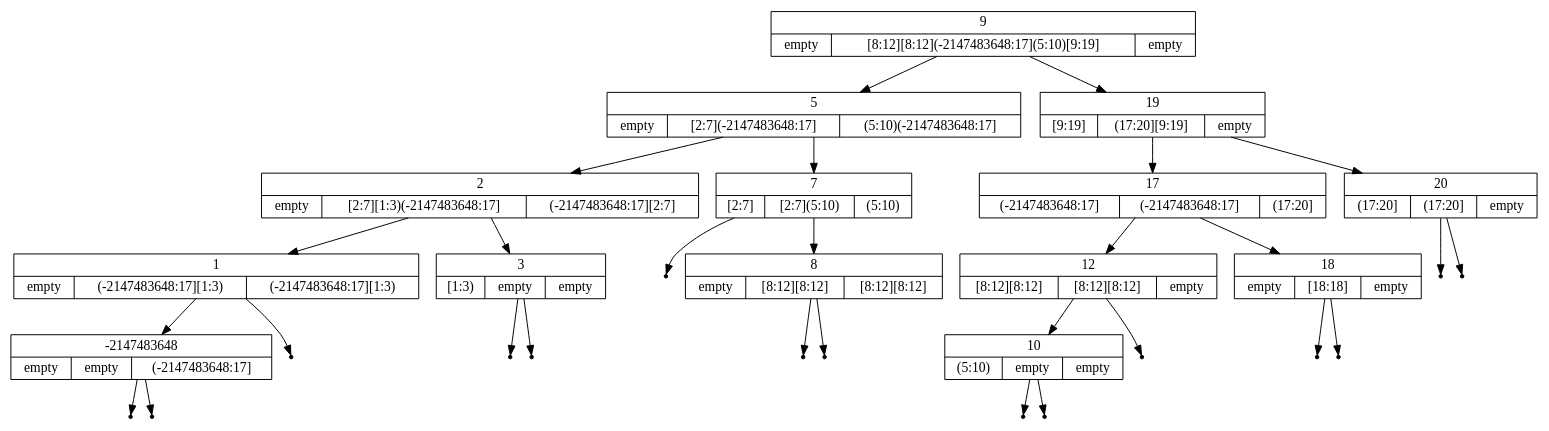
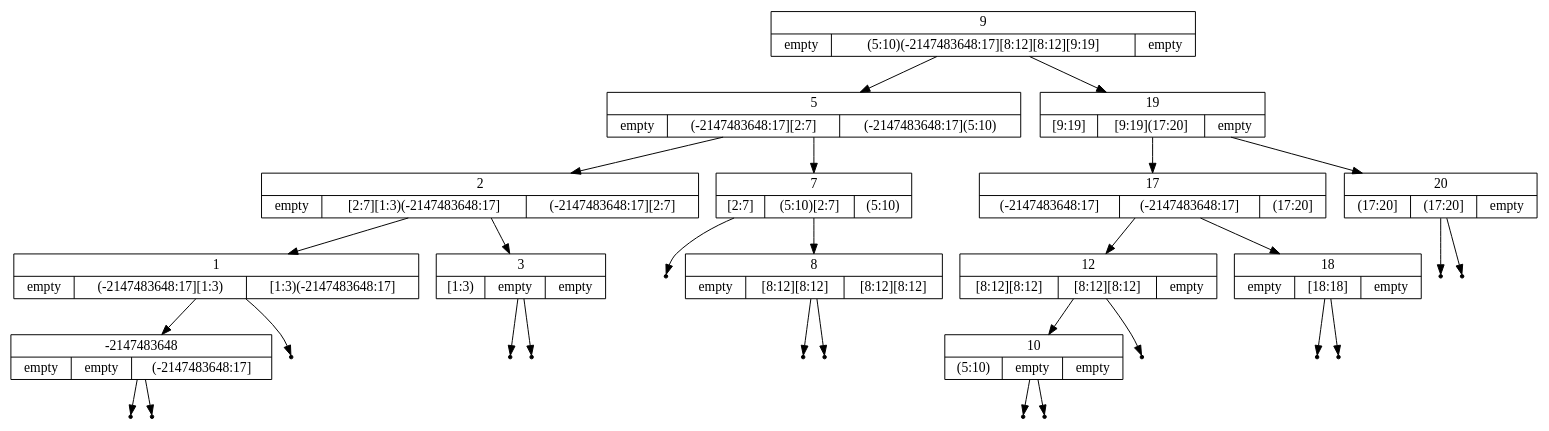
Before and after one commit to lundmikkel/C5: the diagram in C5.Tests/intervaled/data/IBSRemove4.gv, drawn with Graphviz. The commit also changed 2 other files, not shown here.

```diff
--- a/C5.Tests/intervaled/data/IBSRemove4.gv
+++ b/C5.Tests/intervaled/data/IBSRemove4.gv
@@ -1,77 +1,77 @@
 digraph IntervalBinarySearchTree {
 	node [shape=record];
-	struct0 [label="{<key> 9|{empty|[8:12]
+	struct0 [label="{<key> 9|{empty|(5:10)
+(-2147483648:17]
 [8:12]
-(-2147483648:17]
-(5:10)
+[8:12]
 [9:19]|empty}}"];
-	struct1 [label="{<key> 5|{empty|[2:7]
-(-2147483648:17]|(5:10)
-(-2147483648:17]}}"];
+	struct1 [label="{<key> 5|{empty|(-2147483648:17]
+[2:7]|(-2147483648:17]
+(5:10)}}"];
 	struct0 -> struct1;
 	struct2 [label="{<key> 2|{empty|[2:7]
 [1:3)
 (-2147483648:17]|(-2147483648:17]
 [2:7]}}"];
 	struct1 -> struct2;
 	struct3 [label="{<key> 1|{empty|(-2147483648:17]
-[1:3)|(-2147483648:17]
-[1:3)}}"];
+[1:3)|[1:3)
+(-2147483648:17]}}"];
 	struct2 -> struct3;
 	struct4 [label="{<key> -2147483648|{empty|empty|(-2147483648:17]}}"];
 	struct3 -> struct4;
 	leaf0[shape=point];
 	struct4:left -> leaf0;
 	leaf1[shape=point];
 	struct4:right -> leaf1;
 	leaf2[shape=point];
 	struct3:right -> leaf2;
 	struct5 [label="{<key> 3|{[1:3)|empty|empty}}"];
 	struct2 -> struct5;
 	leaf3[shape=point];
 	struct5:left -> leaf3;
 	leaf4[shape=point];
 	struct5:right -> leaf4;
-	struct6 [label="{<key> 7|{[2:7]|[2:7]
-(5:10)|(5:10)}}"];
+	struct6 [label="{<key> 7|{[2:7]|(5:10)
+[2:7]|(5:10)}}"];
 	struct1 -> struct6;
 	leaf5[shape=point];
 	struct6:left -> leaf5;
 	struct7 [label="{<key> 8|{empty|[8:12]
 [8:12]|[8:12]
 [8:12]}}"];
 	struct6 -> struct7;
 	leaf6[shape=point];
 	struct7:left -> leaf6;
 	leaf7[shape=point];
 	struct7:right -> leaf7;
-	struct8 [label="{<key> 19|{[9:19]|(17:20]
-[9:19]|empty}}"];
+	struct8 [label="{<key> 19|{[9:19]|[9:19]
+(17:20]|empty}}"];
 	struct0 -> struct8;
 	struct9 [label="{<key> 17|{(-2147483648:17]|(-2147483648:17]|(17:20]}}"];
 	struct8 -> struct9;
 	struct10 [label="{<key> 12|{[8:12]
 [8:12]|[8:12]
 [8:12]|empty}}"];
 	struct9 -> struct10;
 	struct11 [label="{<key> 10|{(5:10)|empty|empty}}"];
 	struct10 -> struct11;
 	leaf8[shape=point];
 	struct11:left -> leaf8;
 	leaf9[shape=point];
 	struct11:right -> leaf9;
 	leaf10[shape=point];
 	struct10:right -> leaf10;
 	struct12 [label="{<key> 18|{empty|[18:18]|empty}}"];
 	struct9 -> struct12;
 	leaf11[shape=point];
 	struct12:left -> leaf11;
 	leaf12[shape=point];
 	struct12:right -> leaf12;
 	struct13 [label="{<key> 20|{(17:20]|(17:20]|empty}}"];
 	struct8 -> struct13;
 	leaf13[shape=point];
 	struct13:left -> leaf13;
 	leaf14[shape=point];
 	struct13:right -> leaf14;
 }
```
